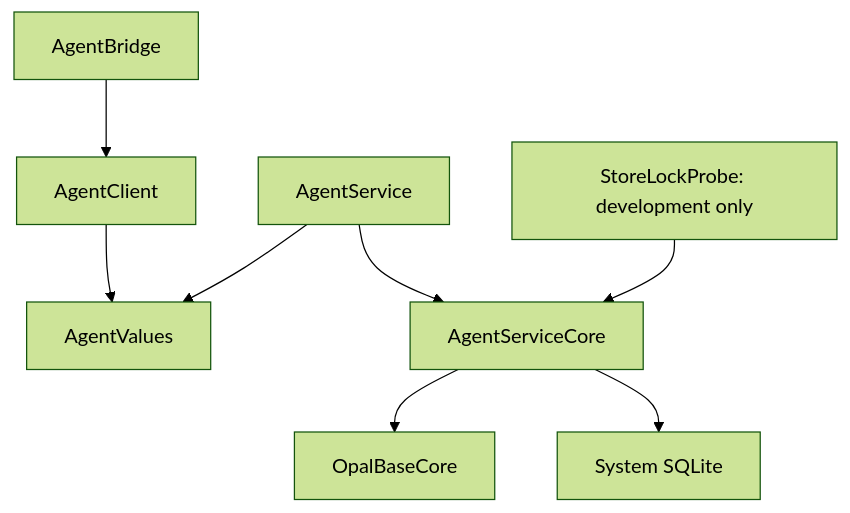
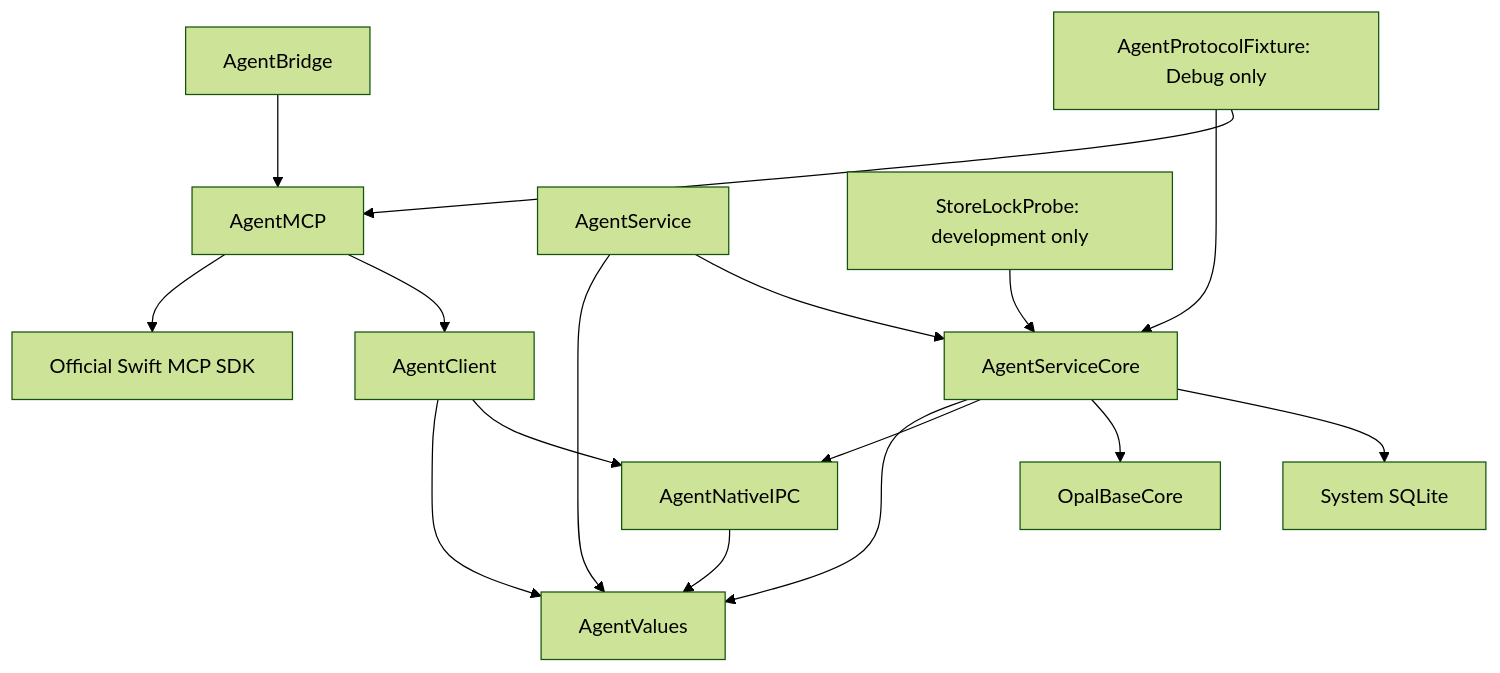
One commit to 58opals/OpalAgent changed the first of 3 diagrams in Documentation/Architecture.md. Above: the diagram before and after it, drawn with Mermaid (forest theme). The commit also changed other lines of this file and 63 other files, not shown here.

First line of the commit message:
feat(mcp): add local tools and native owner controls

````diff
--- a/Documentation/Architecture.md
+++ b/Documentation/Architecture.md
@@ -7,10 +7,18 @@
 ```mermaid
 flowchart TD
-    Bridge[AgentBridge] --> Client[AgentClient]
+    Bridge[AgentBridge] --> MCPAdapter[AgentMCP]
+    MCPAdapter --> SDK[Official Swift MCP SDK]
+    MCPAdapter --> Client[AgentClient]
     Client --> Values[AgentValues]
+    Client --> IPC[AgentNativeIPC]
+    IPC --> Values
     Service[AgentService] --> Values
     Service --> Core[AgentServiceCore]
+    Core --> Values
+    Core --> IPC
     Core --> BCH[OpalBaseCore]
     Core --> SQL[System SQLite]
+    Fixture[AgentProtocolFixture: Debug only] --> Core
+    Fixture --> MCPAdapter
     Probe[StoreLockProbe: development only] --> Core
 ```
````
